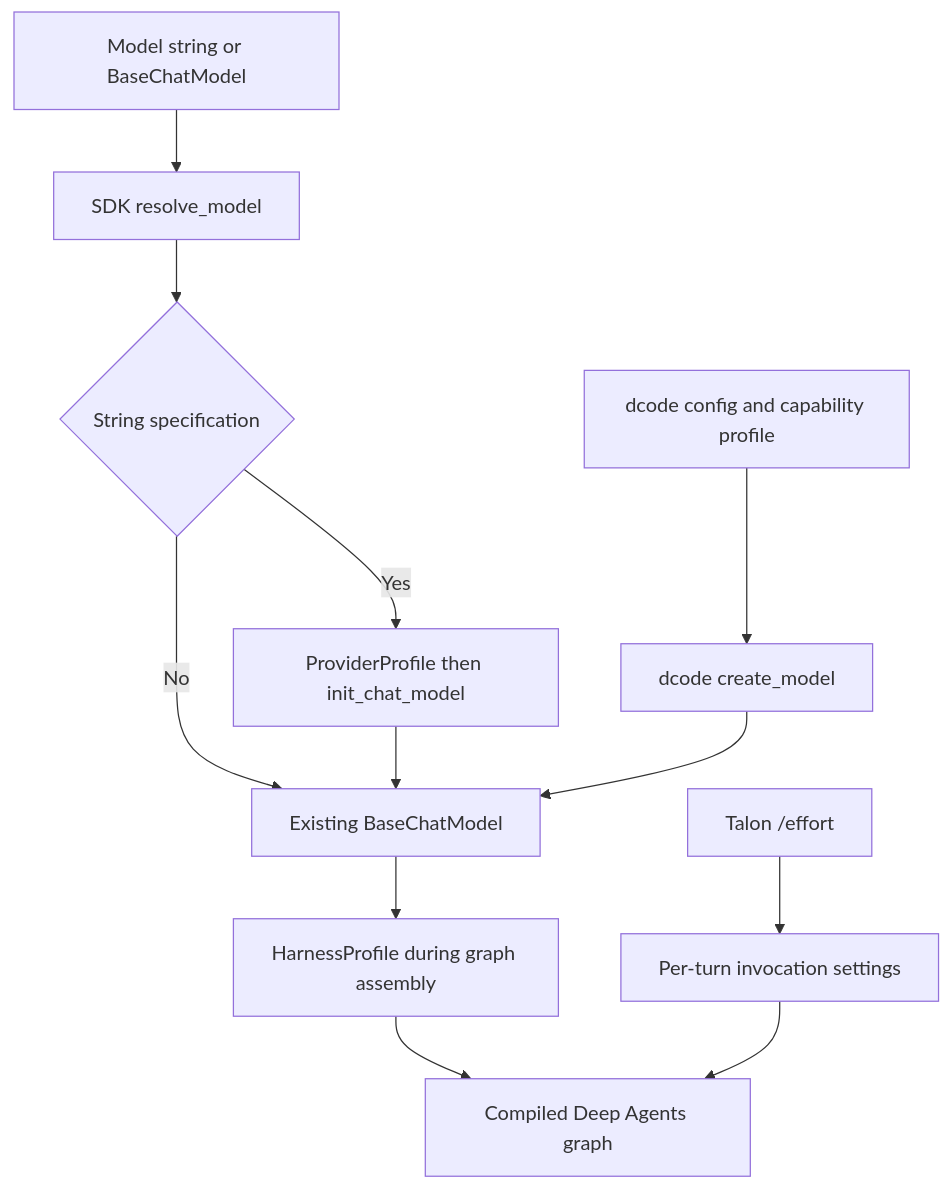
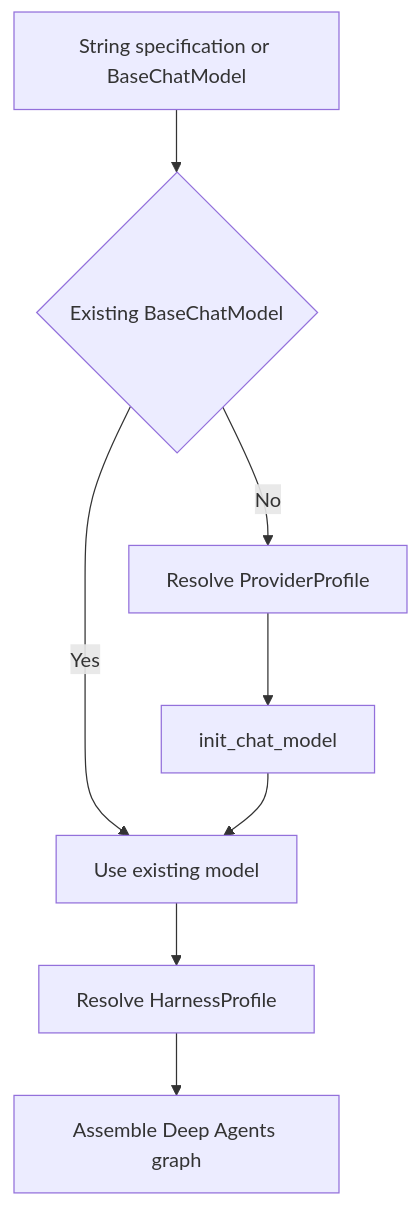
The first of 2 diagrams in openwiki/concepts/profiles-models.md (langchain-ai/deepagents), drawn with Mermaid before and after one commit. The commit also changed other lines of this file and 33 other files, not shown here.

````diff
--- a/openwiki/concepts/profiles-models.md
+++ b/openwiki/concepts/profiles-models.md
@@ -77,14 +58,10 @@
 ```mermaid
 flowchart TD
-    Input["Model string or BaseChatModel"] --> Resolve["SDK resolve_model"]
-    Resolve --> IsString{"String specification"}
-    IsString -->|Yes| Provider["ProviderProfile then init_chat_model"]
-    IsString -->|No| Model["Existing BaseChatModel"]
-    Provider --> Model
-    Model --> Harness["HarnessProfile during graph assembly"]
-    Harness --> Agent["Compiled Deep Agents graph"]
-    DcodeConfig["dcode config and capability profile"] --> DcodeBuild["dcode create_model"]
-    DcodeBuild --> Model
-    TalonCommand["Talon /effort"] --> TalonSettings["Per-turn invocation settings"]
-    TalonSettings --> Agent
+    Input["String specification or BaseChatModel"] --> Existing{"Existing BaseChatModel"}
+    Existing -->|Yes| Built["Use existing model"]
+    Existing -->|No| Provider["Resolve ProviderProfile"]
+    Provider --> Init["init_chat_model"]
+    Init --> Built
+    Built --> Harness["Resolve HarnessProfile"]
+    Harness --> Graph["Assemble Deep Agents graph"]
 ```
````
